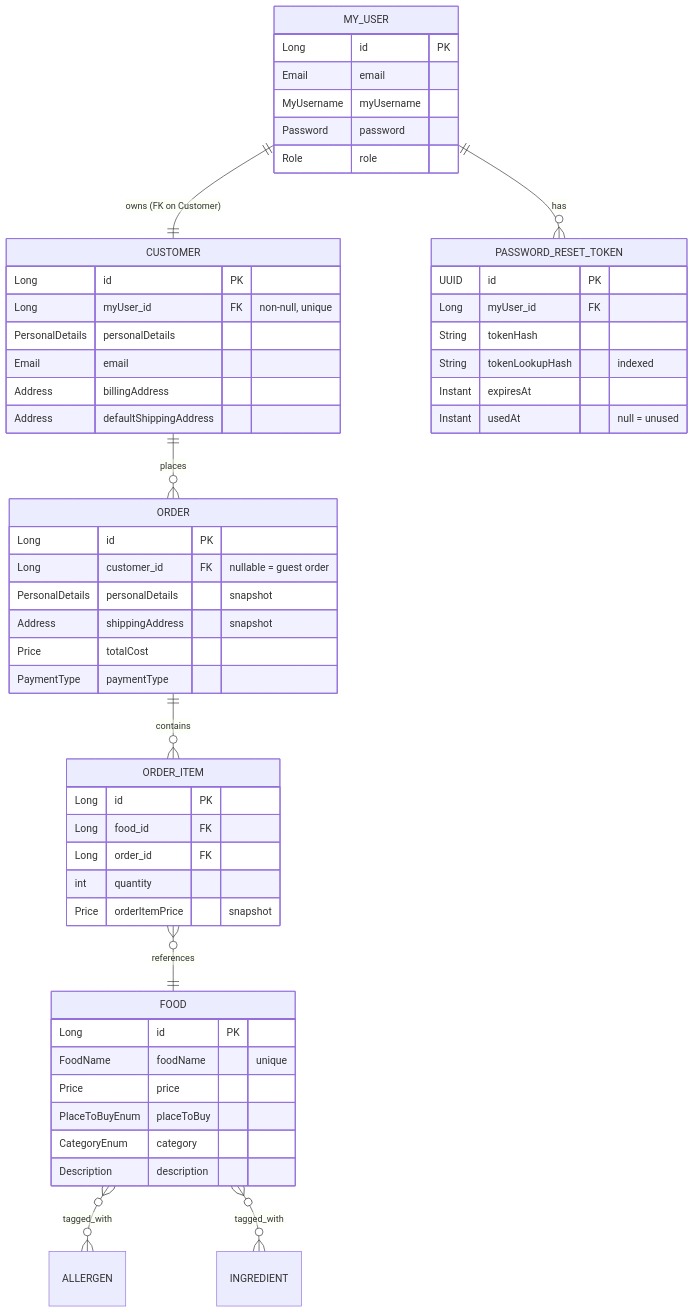
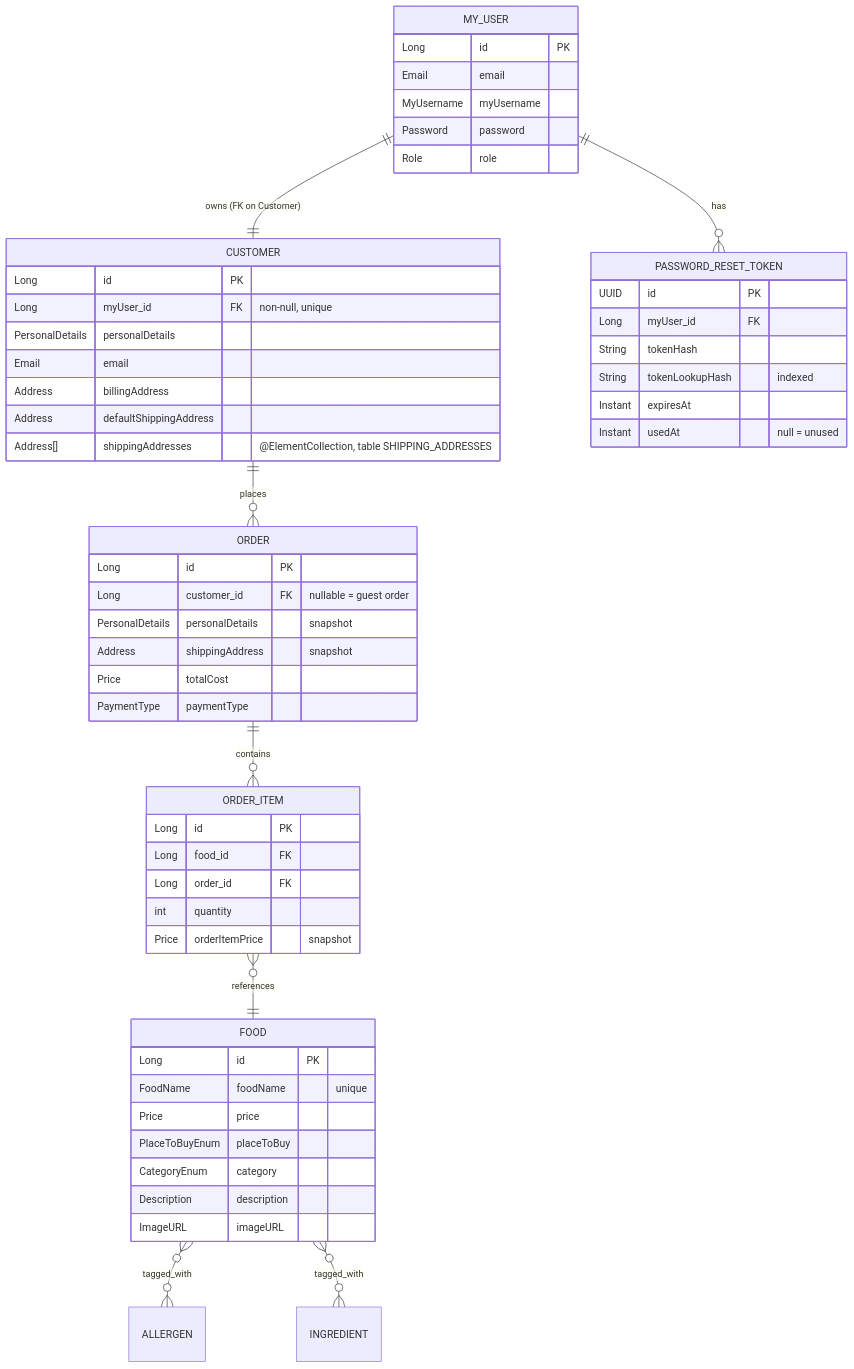
Before and after one commit to Izayata/reference-spring-boot-api: the first of 6 diagrams in docs/DESIGN.md, drawn with Mermaid. The commit also changed 2 other files, not shown here.

Commit message:
Fill in missing fields on the domain-model ERD
Adds Food.imageURL and Customer.shippingAddresses to the ERD in docs/DESIGN.md, publishes a standalone docs/erd.html, and adds default values for password-reset and Redis host env vars.

````diff
--- a/docs/DESIGN.md
+++ b/docs/DESIGN.md
@@ -86,57 +86,59 @@
 ```mermaid
 erDiagram
     MY_USER ||--|| CUSTOMER : "owns (FK on Customer)"
     MY_USER ||--o{ PASSWORD_RESET_TOKEN : has
     CUSTOMER ||--o{ ORDER : places
     ORDER ||--o{ ORDER_ITEM : contains
     ORDER_ITEM }o--|| FOOD : references
     FOOD }o--o{ ALLERGEN : tagged_with
     FOOD }o--o{ INGREDIENT : tagged_with
 
     MY_USER {
         Long id PK
         Email email
         MyUsername myUsername
         Password password
         Role role
     }
     CUSTOMER {
         Long id PK
         Long myUser_id FK "non-null, unique"
         PersonalDetails personalDetails
         Email email
         Address billingAddress
         Address defaultShippingAddress
+        Address[] shippingAddresses "@ElementCollection, table SHIPPING_ADDRESSES"
     }
     ORDER {
         Long id PK
         Long customer_id FK "nullable = guest order"
         PersonalDetails personalDetails "snapshot"
         Address shippingAddress "snapshot"
         Price totalCost
         PaymentType paymentType
     }
     ORDER_ITEM {
         Long id PK
         Long food_id FK
         Long order_id FK
         int quantity
         Price orderItemPrice "snapshot"
     }
     FOOD {
         Long id PK
         FoodName foodName "unique"
         Price price
         PlaceToBuyEnum placeToBuy
         CategoryEnum category
         Description description
+        ImageURL imageURL
     }
     PASSWORD_RESET_TOKEN {
         UUID id PK
         Long myUser_id FK
         String tokenHash
         String tokenLookupHash "indexed"
         Instant expiresAt
         Instant usedAt "null = unused"
     }
 ```
````
